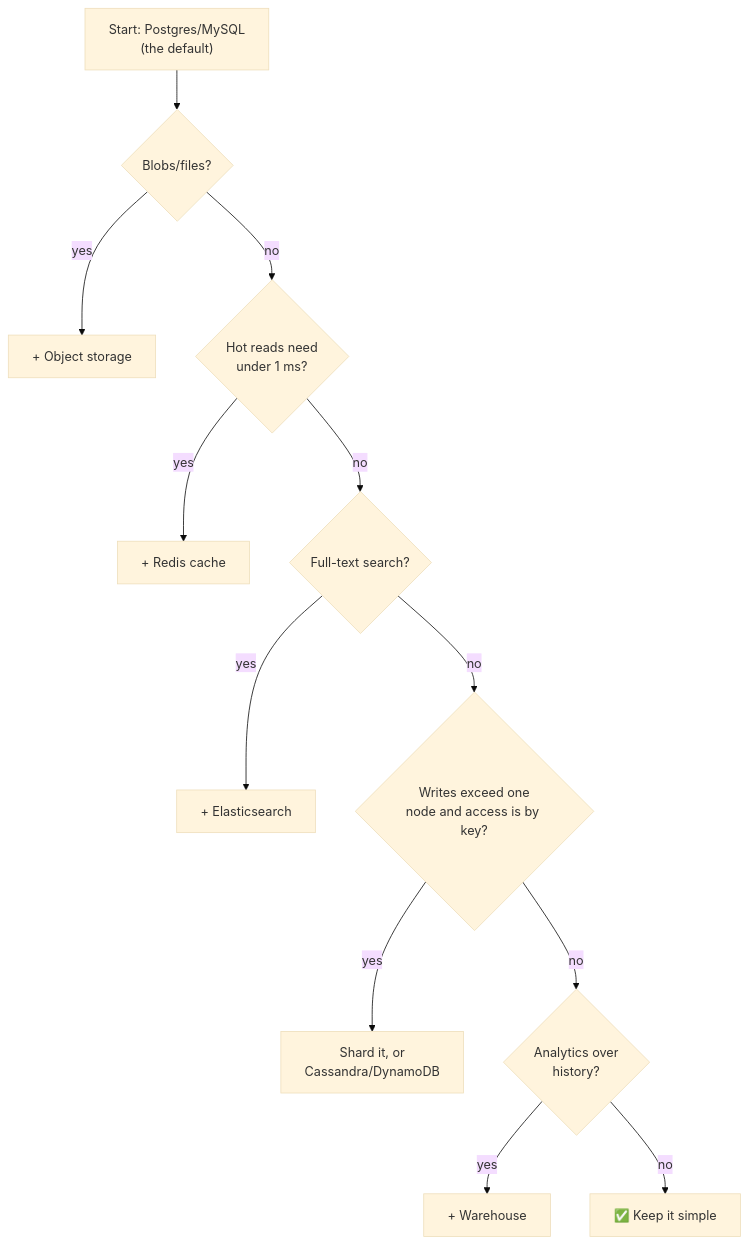
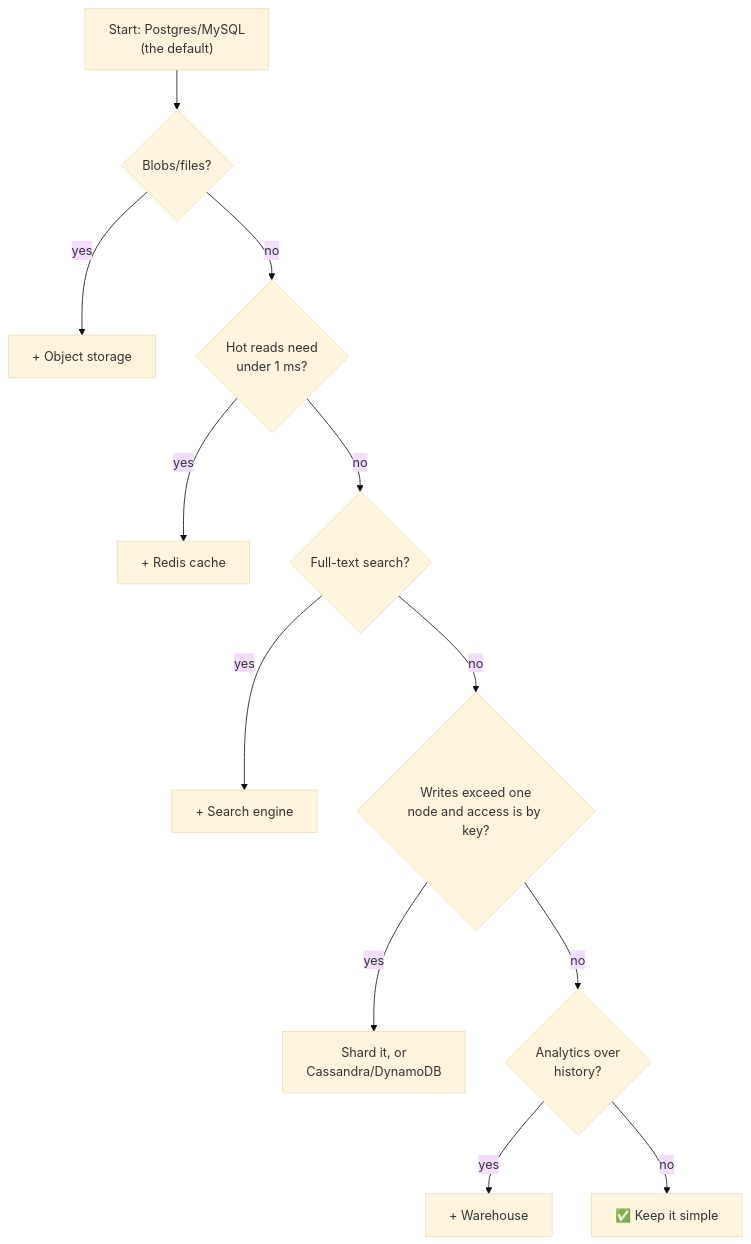
One commit to winnyboy5/System-Design-from-Atoms changed the diagram in phases/05-databases/045-choosing-a-database.md. Above: the diagram before and after it, drawn with Mermaid (base theme). The commit also changed other lines of this file and 11 other files, not shown here.

````diff
--- a/phases/05-databases/045-choosing-a-database.md
+++ b/phases/05-databases/045-choosing-a-database.md
@@ -30,14 +42,14 @@
 ```mermaid
 flowchart TD
     S["Start: Postgres/MySQL<br/>(the default)"] --> Q1{"Blobs/files?"}
     Q1 -->|"yes"| O["+ Object storage"]
     Q1 -->|"no"| Q2{"Hot reads need<br/>under 1 ms?"}
     Q2 -->|"yes"| C["+ Redis cache"]
     Q2 -->|"no"| Q3{"Full-text search?"}
-    Q3 -->|"yes"| E["+ Elasticsearch"]
+    Q3 -->|"yes"| E["+ Search engine"]
     Q3 -->|"no"| Q4{"Writes exceed one<br/>node and access is by key?"}
     Q4 -->|"yes"| W["Shard it, or<br/>Cassandra/DynamoDB"]
     Q4 -->|"no"| Q5{"Analytics over<br/>history?"}
     Q5 -->|"yes"| DW["+ Warehouse"]
     Q5 -->|"no"| DONE["✅ Keep it simple"]
 ```
````
